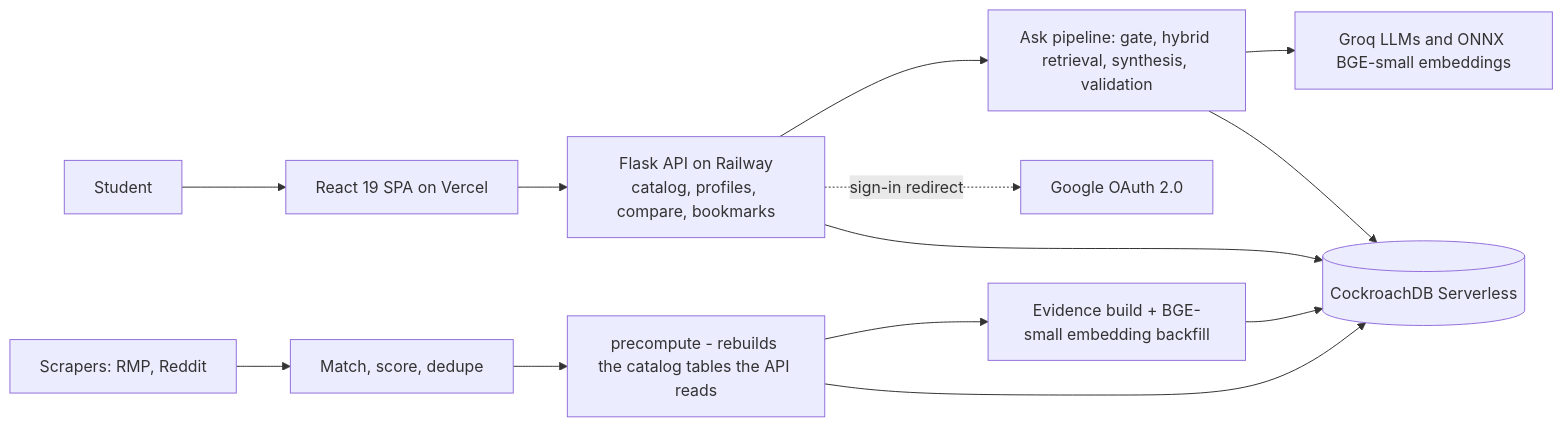
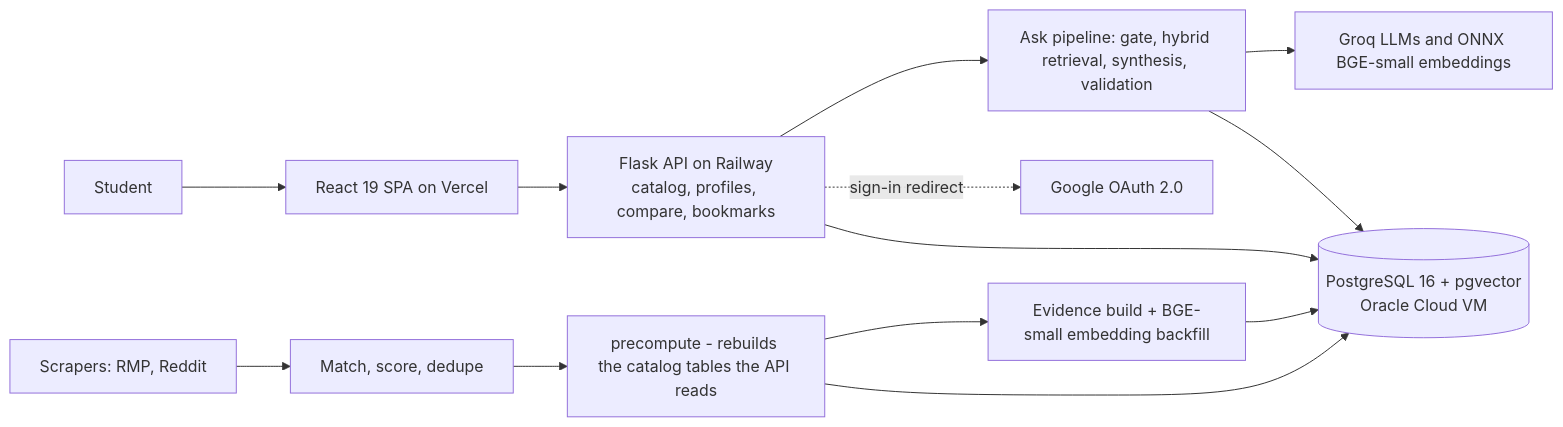
The diagram in README.md (Cory585/RateMyHusky), drawn with Mermaid before and after one commit. The commit also changed other lines of this file and 3 other files, not shown here.

First line of the commit message:
Update the workflows and README for PostgreSQL

````diff
--- a/README.md
+++ b/README.md
@@ -64,16 +64,16 @@
 ```mermaid
 flowchart LR
     U["Student"] --> SPA["React 19 SPA on Vercel"]
     SPA --> API["Flask API on Railway<br/>catalog, profiles, compare, bookmarks"]
     API --> ASK["Ask pipeline: gate, hybrid retrieval, synthesis, validation"]
     API -. "sign-in redirect" .-> OAUTH["Google OAuth 2.0"]
     ASK --> AI["Groq LLMs and ONNX BGE-small embeddings"]
-    API --> DB[("CockroachDB Serverless")]
+    API --> DB[("PostgreSQL 16 + pgvector<br/>Oracle Cloud VM")]
     ASK --> DB
 
     SCRAPE["Scrapers: RMP, Reddit"] --> INGEST["Match, score, dedupe"]
     INGEST --> PRECOMP["precompute - rebuilds the catalog tables the API reads"]
     PRECOMP --> EMBED["Evidence build + BGE-small embedding backfill"]
     PRECOMP --> DB
     EMBED --> DB
 ```
````
